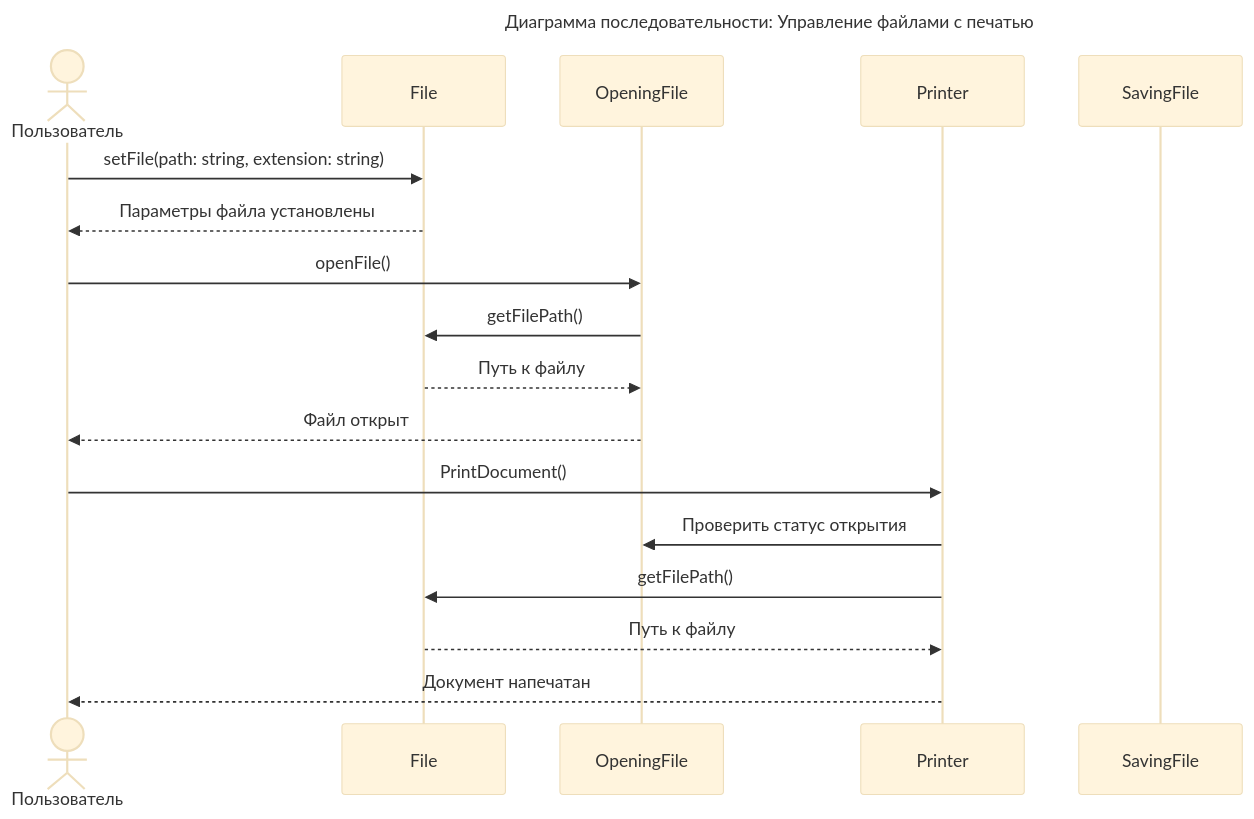
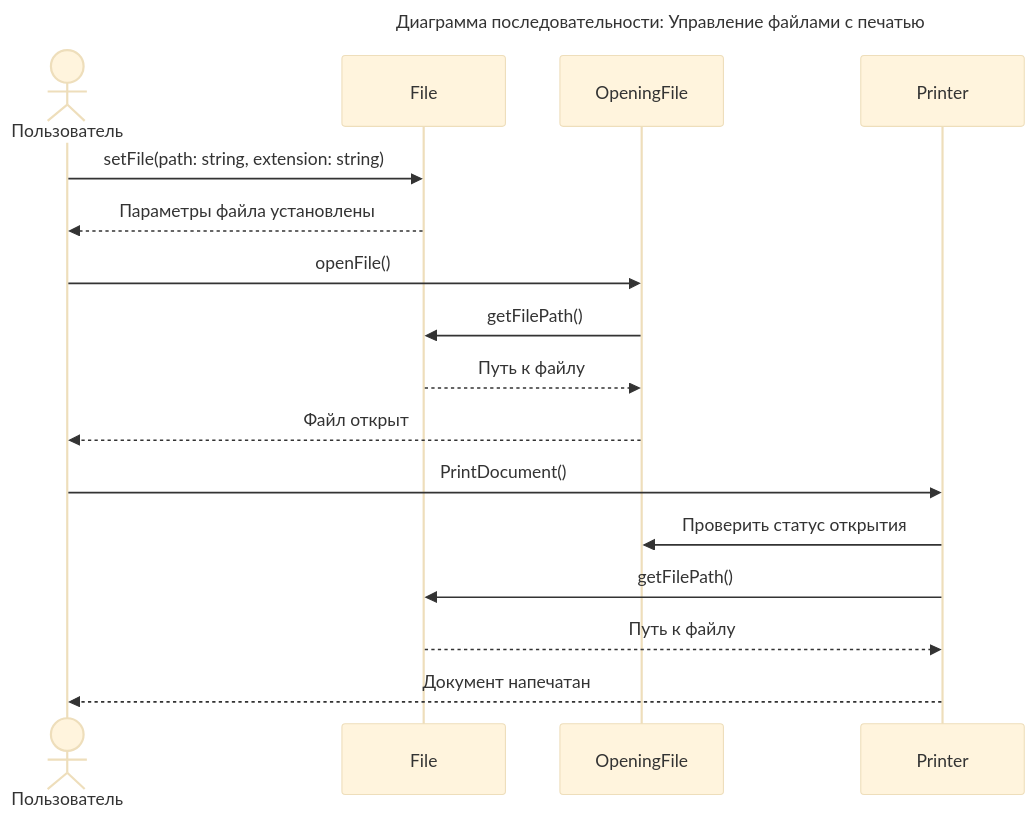
The diagram in Документация/Преценденты/Печать/Диаграмма последовательностей.md (penamarth/bsbo-16-23_team5_var11_textedit), drawn with Mermaid (base theme) before and after one commit.

Commit message:
Update Диаграмма последовательностей.md

````diff
--- a/Документация/Преценденты/Печать/Диаграмма последовательностей.md
+++ b/Документация/Преценденты/Печать/Диаграмма последовательностей.md
@@ -1,24 +1,23 @@
 ```mermaid
 sequenceDiagram
     title Диаграмма последовательности: Управление файлами с печатью
     actor Пользователь
     participant File
     participant OpeningFile
     participant Printer
-    participant SavingFile
 
     Пользователь ->> File: setFile(path: string, extension: string)
     File -->> Пользователь: Параметры файла установлены
 
     Пользователь ->> OpeningFile: openFile()
     OpeningFile ->> File: getFilePath()
     File -->> OpeningFile: Путь к файлу
     OpeningFile -->> Пользователь: Файл открыт
 
     Пользователь ->> Printer: PrintDocument()
     Printer ->> OpeningFile: Проверить статус открытия
     Printer ->> File: getFilePath()
     File -->> Printer: Путь к файлу
     Printer -->> Пользователь: Документ напечатан
 
 ```
````
